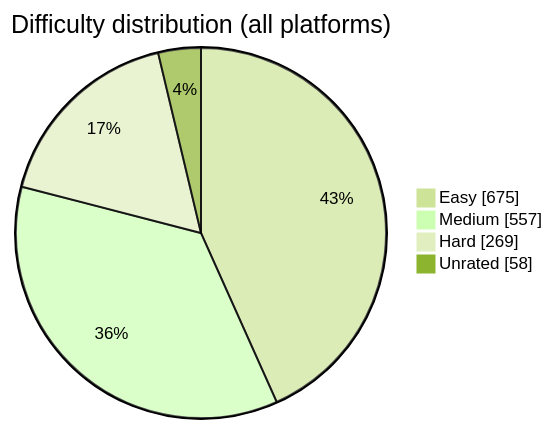
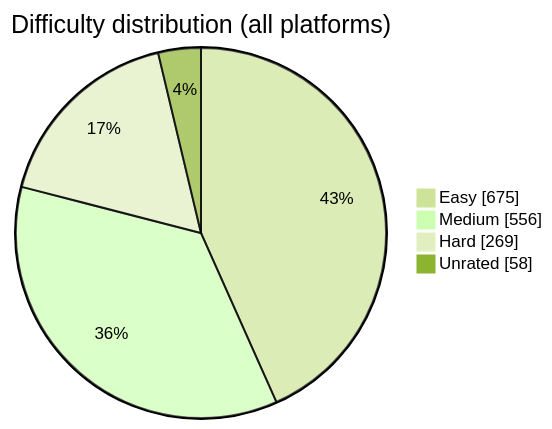
Before and after one commit to BuildbyArindam/Daily-Coding-Log: the diagram in README.md, drawn with Mermaid (forest theme). The commit also changed other lines of this file, not shown here.

````diff
--- a/README.md
+++ b/README.md
@@ -93,7 +93,7 @@
 ```mermaid
 pie showData title Difficulty distribution (all platforms)
     "Easy" : 675
-    "Medium" : 557
+    "Medium" : 556
     "Hard" : 269
     "Unrated" : 58
 ```
````
